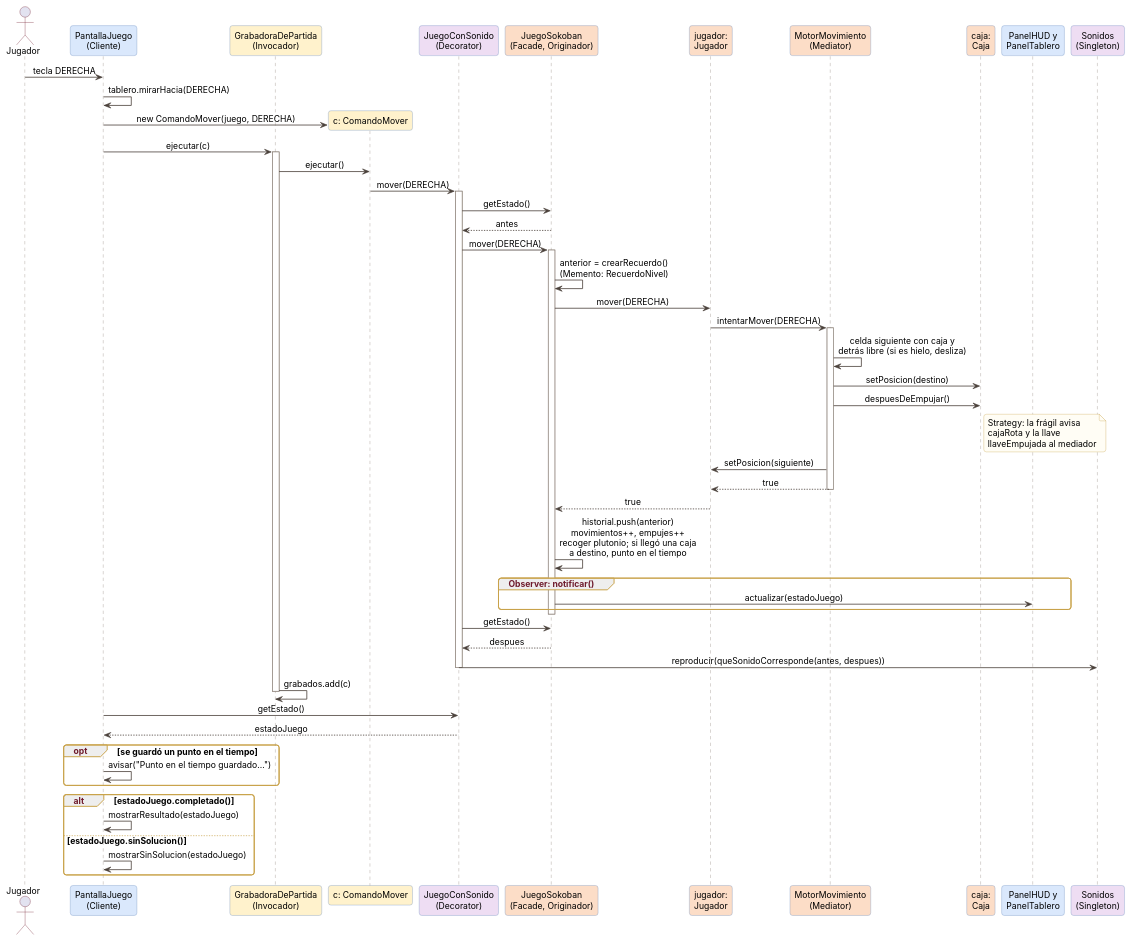
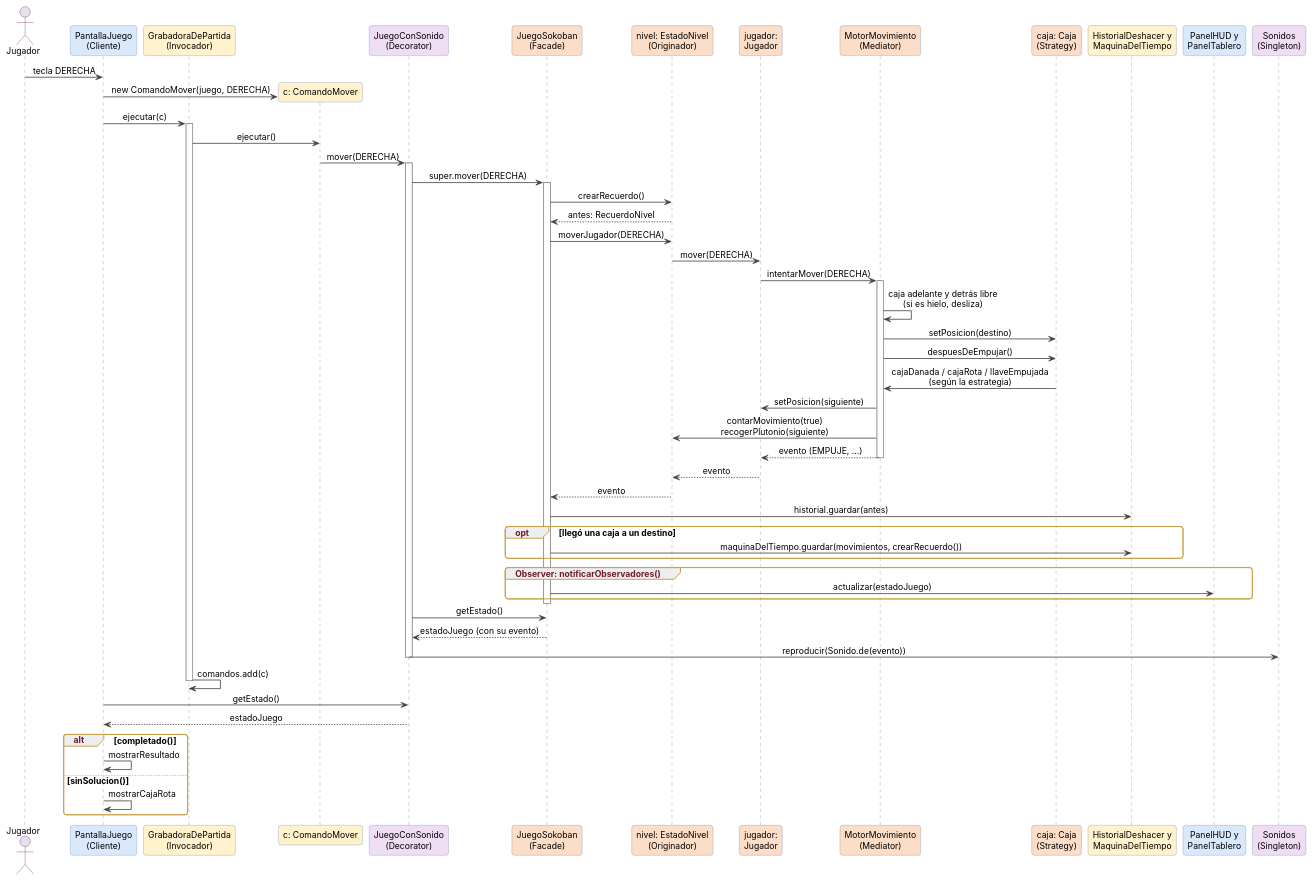
Before and after one commit to martincabrera8/sokoban: the diagram in carpeta-temporal/docs/informe/figuras/f12-secuencia-mover.puml, drawn with PlantUML. The commit also changed 82 other files, not shown here.

Commit message:
Diagrama StarUML y UML regenerados del código simplificado

```diff
--- a/carpeta-temporal/docs/informe/figuras/f12-secuencia-mover.puml
+++ b/carpeta-temporal/docs/informe/figuras/f12-secuencia-mover.puml
@@ -1,75 +1,78 @@
 @startuml f12-secuencia-mover
 skinparam shadowing false
 skinparam defaultFontName Inter
 skinparam defaultFontSize 13
 skinparam sequenceMessageAlign center
 skinparam roundCorner 8
 skinparam ArrowColor #4A403A
 skinparam ArrowThickness 1.2
 skinparam sequenceLifeLineBorderColor #8A7F76
 skinparam sequenceParticipantBorderColor #6C8EBF
 skinparam sequenceParticipantBackgroundColor #DAE8FC
 skinparam sequenceActorBorderColor #6E1A2C
 skinparam sequenceGroupBorderColor #C9A24A
 skinparam sequenceGroupHeaderFontColor #6E1A2C
 skinparam noteBackgroundColor #FFFDF5
 skinparam noteBorderColor #C9A24A
 
 actor Jugador as U
 participant "PantallaJuego\n(Cliente)" as PJ
 participant "GrabadoraDePartida\n(Invocador)" as GR #FFF2CC
 participant "c: ComandoMover" as CM #FFF2CC
 participant "JuegoConSonido\n(Decorator)" as JS #EEDDF3
-participant "JuegoSokoban\n(Facade, Originador)" as JK #FCDDC7
+participant "JuegoSokoban\n(Facade)" as JK #FCDDC7
+participant "nivel: EstadoNivel\n(Originador)" as EN #FCDDC7
 participant "jugador:\nJugador" as JU #FCDDC7
 participant "MotorMovimiento\n(Mediator)" as MM #FCDDC7
-participant "caja:\nCaja" as CA #FCDDC7
+participant "caja: Caja\n(Strategy)" as CA #FCDDC7
+participant "HistorialDeshacer y\nMaquinaDelTiempo" as CU #FFF2CC
 participant "PanelHUD y\nPanelTablero" as OBS
 participant "Sonidos\n(Singleton)" as SO #EEDDF3
 
 U -> PJ : tecla DERECHA
-PJ -> PJ : tablero.mirarHacia(DERECHA)
 PJ -> CM ** : new ComandoMover(juego, DERECHA)
 PJ -> GR : ejecutar(c)
 activate GR
 GR -> CM : ejecutar()
 CM -> JS : mover(DERECHA)
 activate JS
-JS -> JK : getEstado()
-JK --> JS : antes
-JS -> JK : mover(DERECHA)
+JS -> JK : super.mover(DERECHA)
 activate JK
-JK -> JK : anterior = crearRecuerdo()\n(Memento: RecuerdoNivel)
-JK -> JU : mover(DERECHA)
+JK -> EN : crearRecuerdo()
+EN --> JK : antes: RecuerdoNivel
+JK -> EN : moverJugador(DERECHA)
+EN -> JU : mover(DERECHA)
 JU -> MM : intentarMover(DERECHA)
 activate MM
-MM -> MM : celda siguiente con caja y\ndetrás libre (si es hielo, desliza)
+MM -> MM : caja adelante y detrás libre\n(si es hielo, desliza)
 MM -> CA : setPosicion(destino)
 MM -> CA : despuesDeEmpujar()
-note right of CA : Strategy: la frágil avisa\ncajaRota y la llave\nllaveEmpujada al mediador
+CA -> MM : cajaDanada / cajaRota / llaveEmpujada\n(según la estrategia)
 MM -> JU : setPosicion(siguiente)
-MM --> JU : true
+MM -> EN : contarMovimiento(true)\nrecogerPlutonio(siguiente)
+MM --> JU : evento (EMPUJE, ...)
 deactivate MM
-JU --> JK : true
-JK -> JK : historial.push(anterior)\nmovimientos++, empujes++\nrecoger plutonio; si llegó una caja\na destino, punto en el tiempo
-group Observer: notificar()
+JU --> EN : evento
+EN --> JK : evento
+JK -> CU : historial.guardar(antes)
+opt llegó una caja a un destino
+  JK -> CU : maquinaDelTiempo.guardar(movimientos, crearRecuerdo())
+end
+group Observer: notificarObservadores()
   JK -> OBS : actualizar(estadoJuego)
 end
 deactivate JK
 JS -> JK : getEstado()
-JK --> JS : despues
-JS -> SO : reproducir(queSonidoCorresponde(antes, despues))
+JK --> JS : estadoJuego (con su evento)
+JS -> SO : reproducir(Sonido.de(evento))
 deactivate JS
-GR -> GR : grabados.add(c)
+GR -> GR : comandos.add(c)
 deactivate GR
 PJ -> JS : getEstado()
 JS --> PJ : estadoJuego
-opt se guardó un punto en el tiempo
-  PJ -> PJ : avisar("Punto en el tiempo guardado...")
-end
-alt estadoJuego.completado()
-  PJ -> PJ : mostrarResultado(estadoJuego)
-else estadoJuego.sinSolucion()
-  PJ -> PJ : mostrarSinSolucion(estadoJuego)
+alt completado()
+  PJ -> PJ : mostrarResultado
+else sinSolucion()
+  PJ -> PJ : mostrarCajaRota
 end
 @enduml
```
